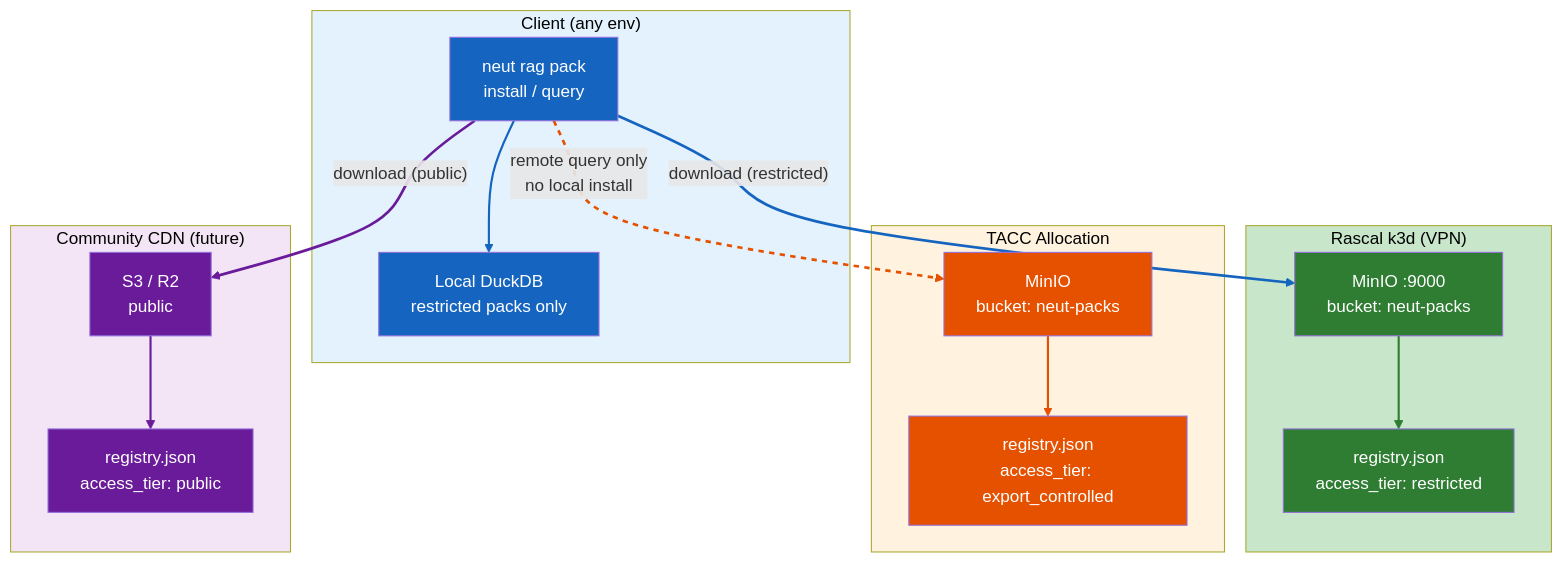
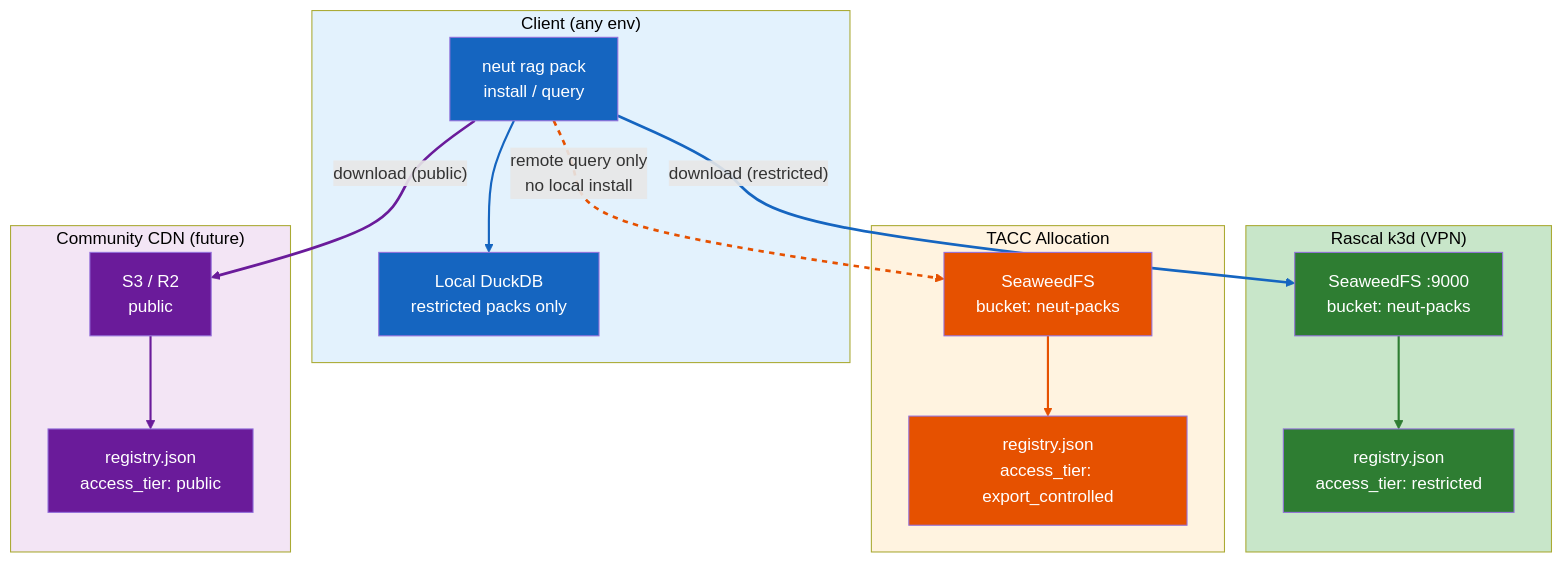
Before and after one commit to benjaminbooth/neutron-os-core: the diagram in docs/tech-specs/spec-rag-pack-server.md, drawn with Mermaid. The commit also changed other lines of this file and 20 other files, not shown here.

````diff
--- a/docs/tech-specs/spec-rag-pack-server.md
+++ b/docs/tech-specs/spec-rag-pack-server.md
@@ -61,52 +61,52 @@
 ```mermaid
 graph TB
     subgraph Client["Client (any env)"]
         CLI["neut rag pack\ninstall / query"]
         DDB["Local DuckDB\nrestricted packs only"]
         CLI --> DDB
     end
 
     subgraph Rascal["Rascal k3d (VPN)"]
-        RS_MINIO["MinIO :9000\nbucket: neut-packs"]
+        RS_SEAWEEDFS["SeaweedFS :9000\nbucket: neut-packs"]
         RS_REG["registry.json\naccess_tier: restricted"]
-        RS_MINIO --> RS_REG
+        RS_SEAWEEDFS --> RS_REG
     end
 
     subgraph TACC["TACC Allocation"]
-        TC_MINIO["MinIO\nbucket: neut-packs"]
+        TC_SEAWEEDFS["SeaweedFS\nbucket: neut-packs"]
         TC_REG["registry.json\naccess_tier: export_controlled"]
-        TC_MINIO --> TC_REG
+        TC_SEAWEEDFS --> TC_REG
     end
 
     subgraph CDN["Community CDN (future)"]
         S3["S3 / R2\npublic"]
         CDN_REG["registry.json\naccess_tier: public"]
         S3 --> CDN_REG
     end
 
-    CLI -- "download (restricted)" --> RS_MINIO
-    CLI -- "remote query only\nno local install" --> TC_MINIO
+    CLI -- "download (restricted)" --> RS_SEAWEEDFS
+    CLI -- "remote query only\nno local install" --> TC_SEAWEEDFS
     CLI -- "download (public)" --> S3
 
     style Client fill:#e3f2fd,color:#000000
     style Rascal fill:#c8e6c9,color:#000000
     style TACC fill:#fff3e0,color:#000000
     style CDN fill:#f3e5f5,color:#000000
 
     style CLI      fill:#1565c0,color:#ffffff
     style DDB      fill:#1565c0,color:#ffffff
-    style RS_MINIO fill:#2e7d32,color:#ffffff
+    style RS_SEAWEEDFS fill:#2e7d32,color:#ffffff
     style RS_REG   fill:#2e7d32,color:#ffffff
-    style TC_MINIO fill:#e65100,color:#ffffff
+    style TC_SEAWEEDFS fill:#e65100,color:#ffffff
     style TC_REG   fill:#e65100,color:#ffffff
     style S3       fill:#6a1b9a,color:#ffffff
     style CDN_REG  fill:#6a1b9a,color:#ffffff
 
     linkStyle 0 stroke:#1565c0,stroke-width:2px
     linkStyle 1 stroke:#2e7d32,stroke-width:2px
     linkStyle 2 stroke:#e65100,stroke-width:2px
     linkStyle 3 stroke:#6a1b9a,stroke-width:2px
     linkStyle 4 stroke:#1565c0,stroke-width:2.5px
     linkStyle 5 stroke:#e65100,stroke-width:2.5px,stroke-dasharray:5 5
     linkStyle 6 stroke:#6a1b9a,stroke-width:2.5px
 ```
````
